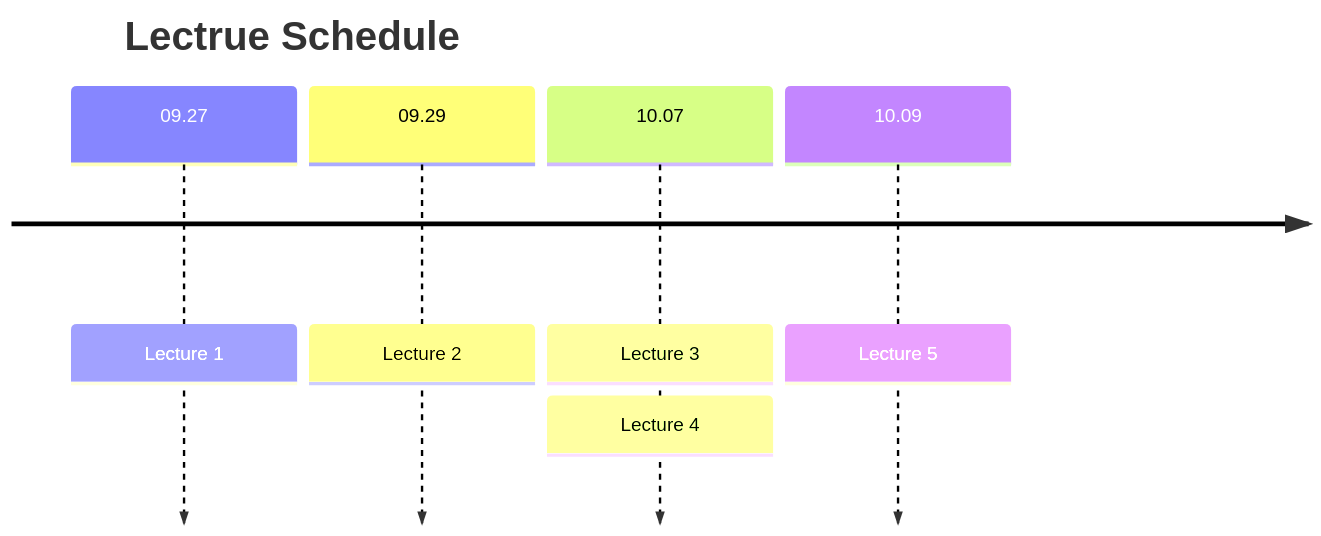
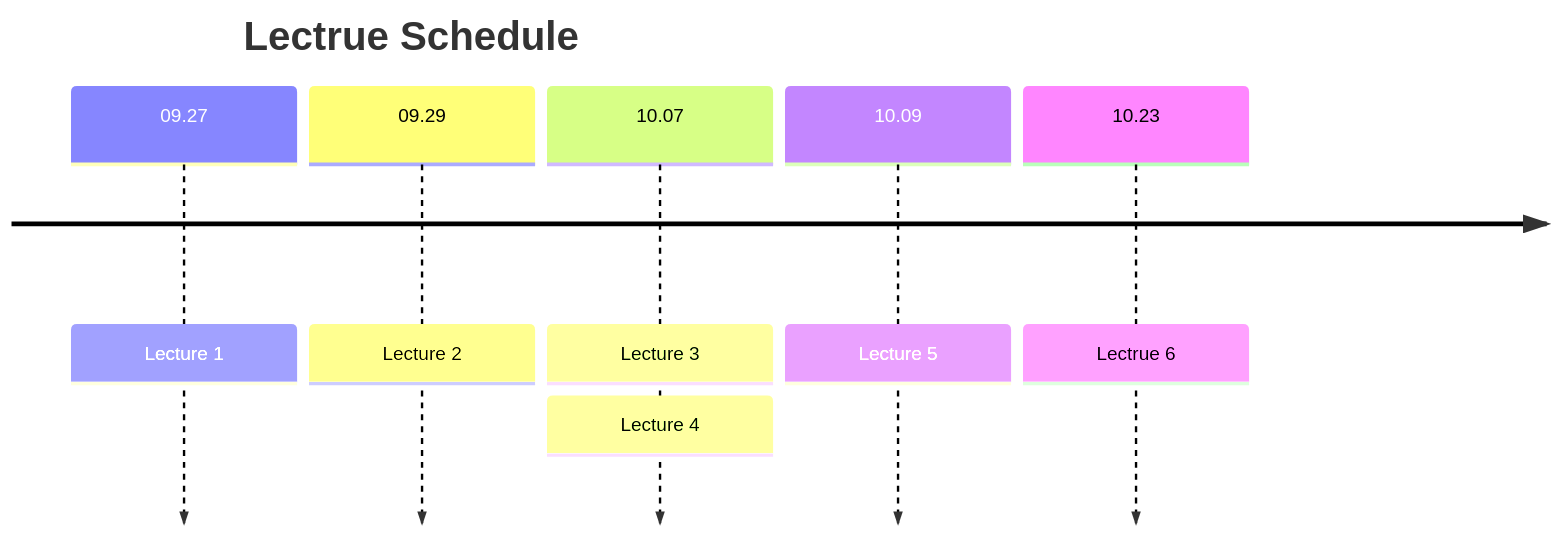
One commit to fleekgonzalo/Real-king-Ph.GitHub.io changed the second of 2 diagrams in _posts/2023-09-12M/2023-10-02-CMU-Project-Tracker.md. Above: the diagram before and after it, drawn with Mermaid. The commit also changed other lines of this file and 2 other files, not shown here.

Commit message:
📃 docs: add some mindmaps

````diff
--- a/_posts/2023-09-12M/2023-10-02-CMU-Project-Tracker.md
+++ b/_posts/2023-09-12M/2023-10-02-CMU-Project-Tracker.md
@@ -58,9 +58,10 @@
 ```mermaid
 timeline
    title Lectrue Schedule
       09.27  : Lecture 1
       09.29  : Lecture 2
       10.07  : Lecture 3
              : Lecture 4
       10.09  : Lecture 5
+      10.23  : Lectrue 6
 ```
````
